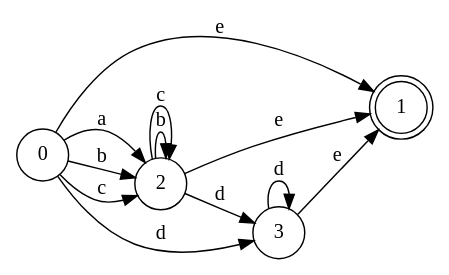
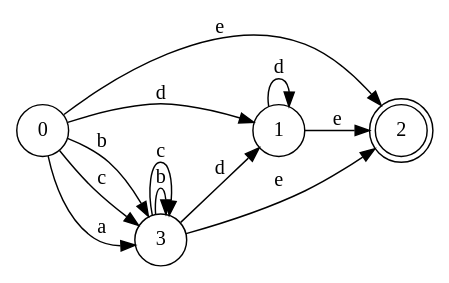
The diagram in out/DFA_regex3.DOT (Jose-Merida-UVG/Compilers-1-CC3071), drawn with Graphviz before and after one commit. The commit also changed 17 other files, not shown here.

```diff
--- a/out/DFA_regex3.DOT
+++ b/out/DFA_regex3.DOT
@@ -1,19 +1,19 @@
 digraph "graph" {
 	rankdir=LR size = "8,5"
 	node[shape=circle]
 	8 [label=0]
-	9 [label=1][shape=doublecircle]
-	8 -> 9 [label="e"]
-	10 [label=2]
-	10 -> 9 [label="e"]
-	10 -> 10 [label="b"]
-	10 -> 10 [label="c"]
+	9 [label=1]
+	9 -> 9 [label="d"]
+	10 [label=2][shape=doublecircle]
+	9 -> 10 [label="e"]
+	8 -> 9 [label="d"]
+	8 -> 10 [label="e"]
 	11 [label=3]
-	11 -> 11 [label="d"]
-	11 -> 9 [label="e"]
-	10 -> 11 [label="d"]
-	8 -> 10 [label="a"]
-	8 -> 10 [label="b"]
-	8 -> 10 [label="c"]
-	8 -> 11 [label="d"]
+	11 -> 11 [label="b"]
+	11 -> 11 [label="c"]
+	11 -> 9 [label="d"]
+	11 -> 10 [label="e"]
+	8 -> 11 [label="a"]
+	8 -> 11 [label="b"]
+	8 -> 11 [label="c"]
 }
```
